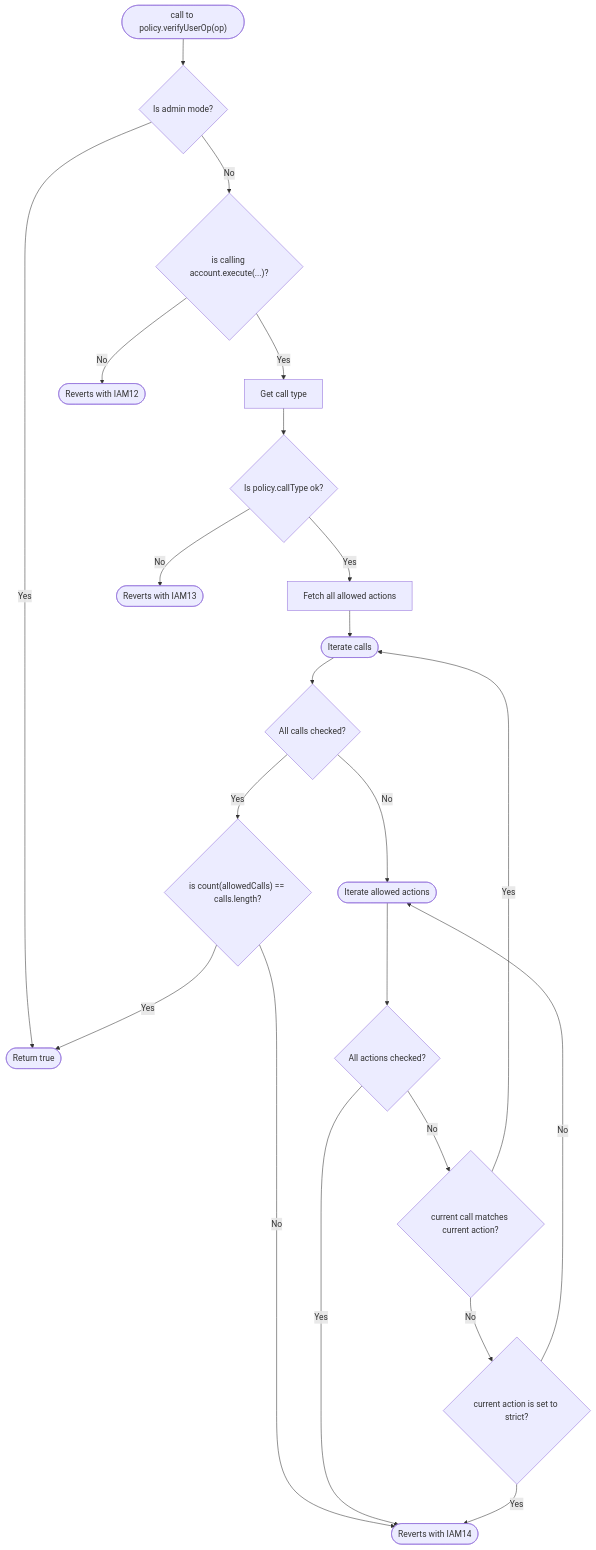
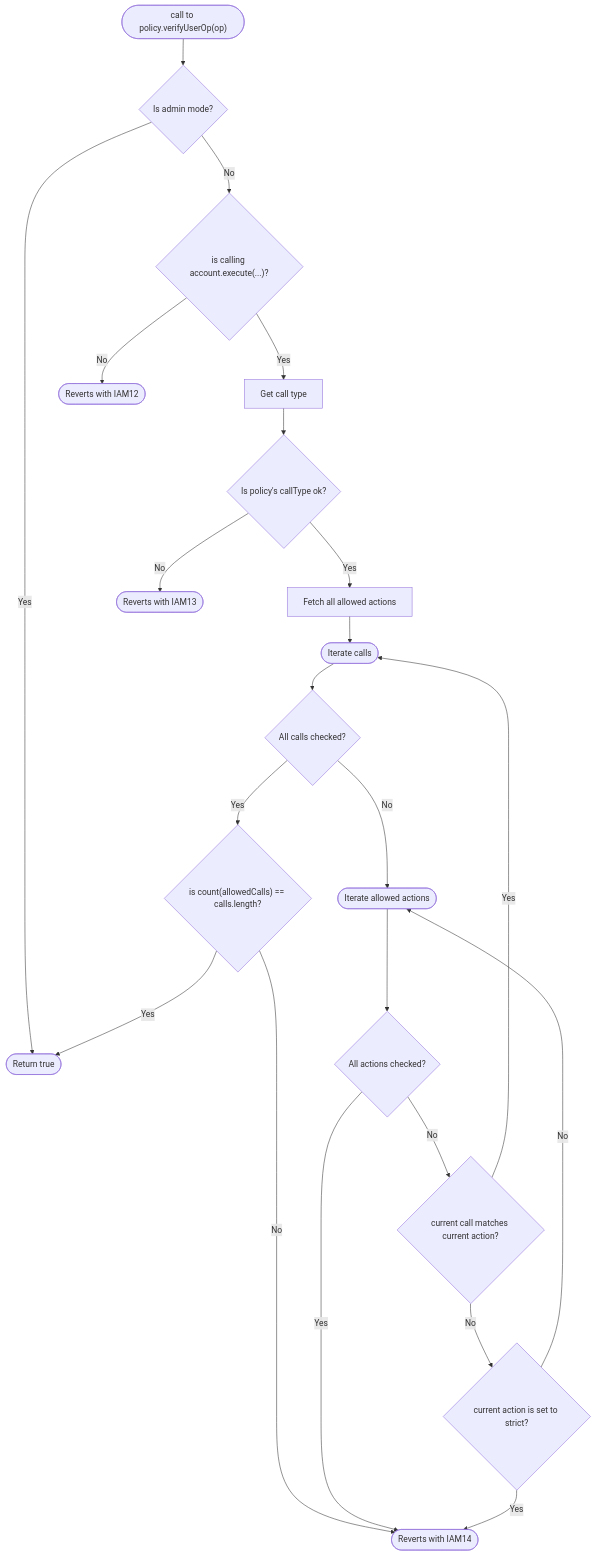
Before and after one commit to stackup-wallet/accessctl: the second of 2 diagrams in README.md, drawn with Mermaid.

````diff
--- a/README.md
+++ b/README.md
@@ -153,24 +153,24 @@
 ```mermaid
 flowchart TD
     start(["call to policy.verifyUserOp(op)"])-->isAdmin{Is admin mode?}
     isAdmin-->|Yes|ok([Return true])
     isAdmin-->|No|isExec{"is calling account.execute(...)?"}
     isExec-->|Yes|getCallType["Get call type"]
     isExec-->|No|iam12([Reverts with IAM12])
-    getCallType-->isCallTypeOk{"Is policy.callType ok?"}
+    getCallType-->isCallTypeOk{"Is policy's callType ok?"}
     isCallTypeOk-->|Yes|hydrateActions[Fetch all allowed actions]
     isCallTypeOk-->|No|iam13([Reverts with IAM13])
     hydrateActions-->iterateCalls([Iterate calls])
     iterateCalls-->isLastCall{All calls checked?}
     isLastCall-->|Yes|allCallsOk{"is count(allowedCalls) == calls.length?"}
     allCallsOk-->|Yes|ok
     allCallsOk-->|No|iam14([Reverts with IAM14])
     isLastCall-->|No|iterateActions([Iterate allowed actions])
     iterateActions-->isLastAction{All actions checked?}
     isLastAction-->|Yes|iam14
     isLastAction-->|No|isCallActionMatch{current call matches current action?}
     isCallActionMatch-->|No|isStrictMode{current action is set to strict?}
     isStrictMode-->|Yes|iam14
     isStrictMode-->|No|iterateActions
     isCallActionMatch-->|Yes|iterateCalls
 ```
````
